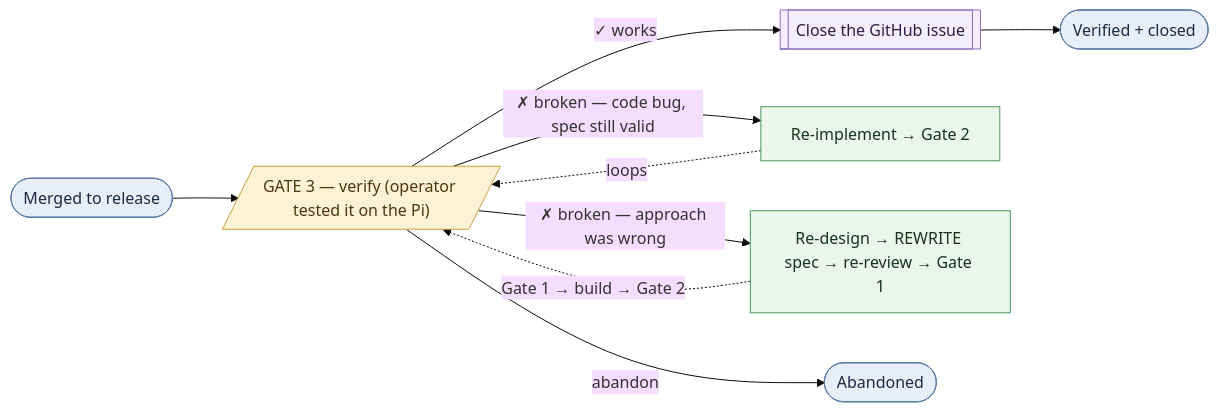
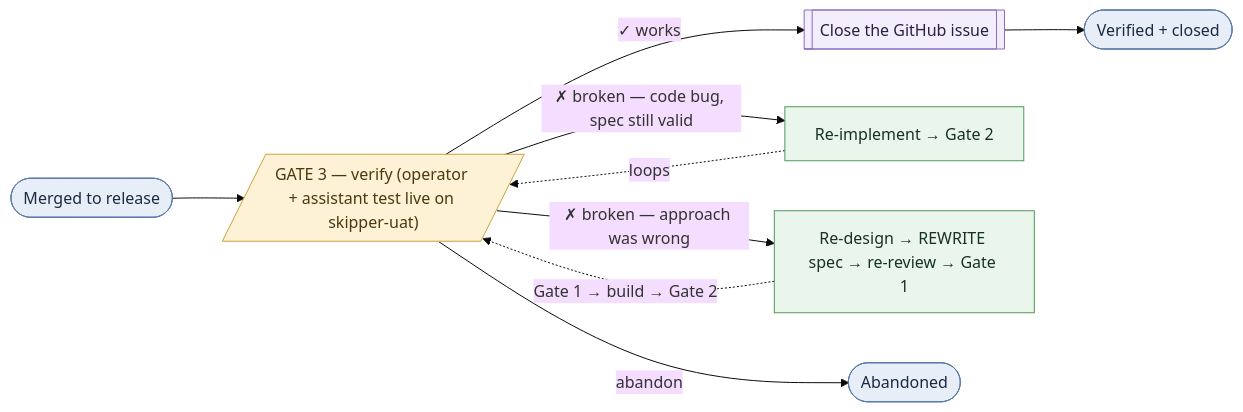
One commit to familycaptain/skipperbot-platform changed the second of 2 diagrams in apps/evolve/specs/sdlc.md. Above: the diagram before and after it, drawn with Mermaid (base theme). The commit also changed other lines of this file, not shown here.

First line of the commit message:
docs(evolve): sdlc.md v0.8.0 — Gate-3 verify is now IN the main flow (on skipper-uat)

````diff
--- a/apps/evolve/specs/sdlc.md
+++ b/apps/evolve/specs/sdlc.md
@@ -214,14 +226,14 @@
 ```mermaid
 flowchart LR
-  merged(["Merged to release"]):::event --> verify[/"GATE 3 — verify (operator tested it on the Pi)"/]:::gate
+  merged(["Merged to release"]):::event --> verify[/"GATE 3 — verify (operator + assistant test live on skipper-uat)"/]:::gate
   verify -->|"✓ works"| close[["Close the GitHub issue"]]:::sys --> done(["Verified + closed"]):::event
   verify -->|"✗ broken — code bug, spec still valid"| reimpl["Re-implement → Gate 2"]:::agent
   verify -->|"✗ broken — approach was wrong"| respec["Re-design → REWRITE spec → re-review → Gate 1"]:::agent
   reimpl -.->|"loops"| verify
   respec -.->|"Gate 1 → build → Gate 2"| verify
   verify -->|"abandon"| dropped(["Abandoned"]):::event
   classDef event fill:#e8eef7,stroke:#5b7aa7,color:#1b2b44;
   classDef agent fill:#eaf6ec,stroke:#4c9a5a,color:#16331e;
   classDef sys fill:#f3eefc,stroke:#8a6bbf,color:#2c1f44;
   classDef gate fill:#fdf1d6,stroke:#caa23a,color:#4a3a0e;
 ```
````
